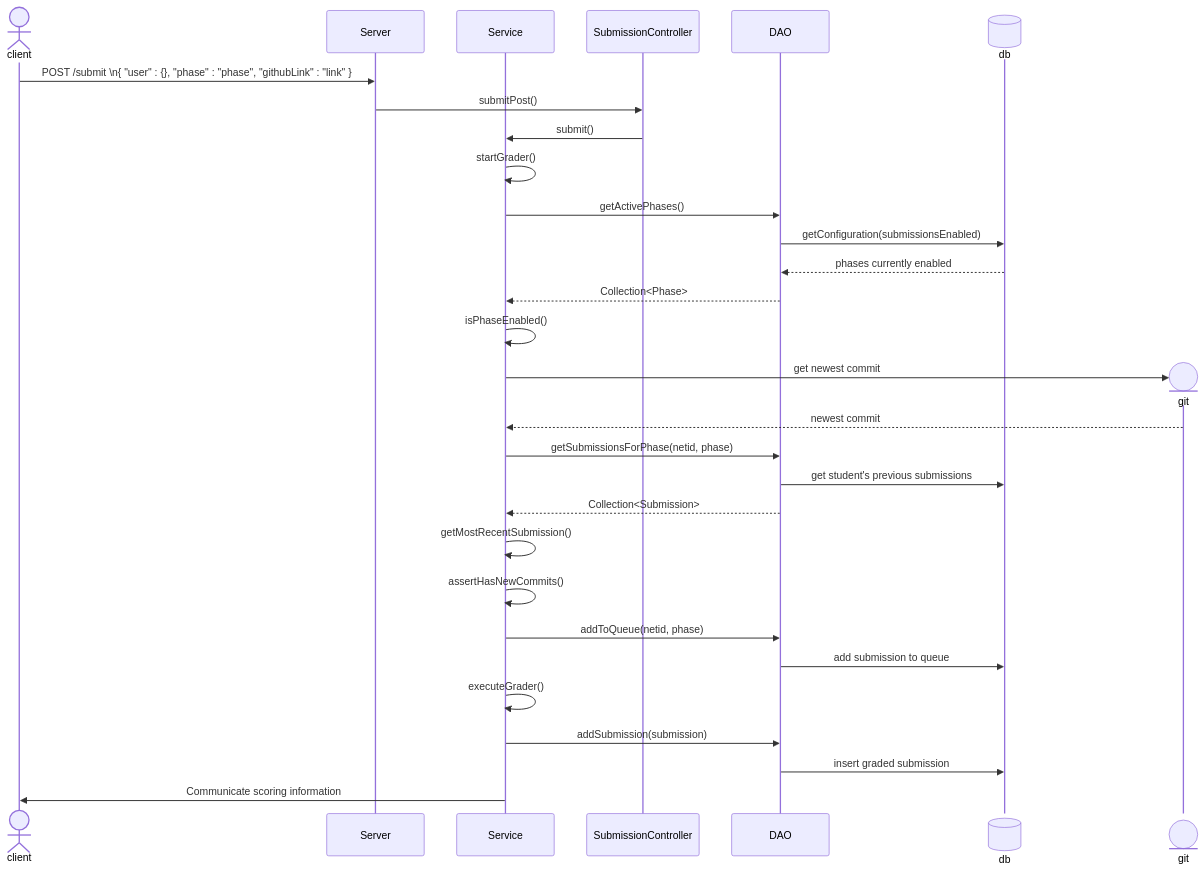
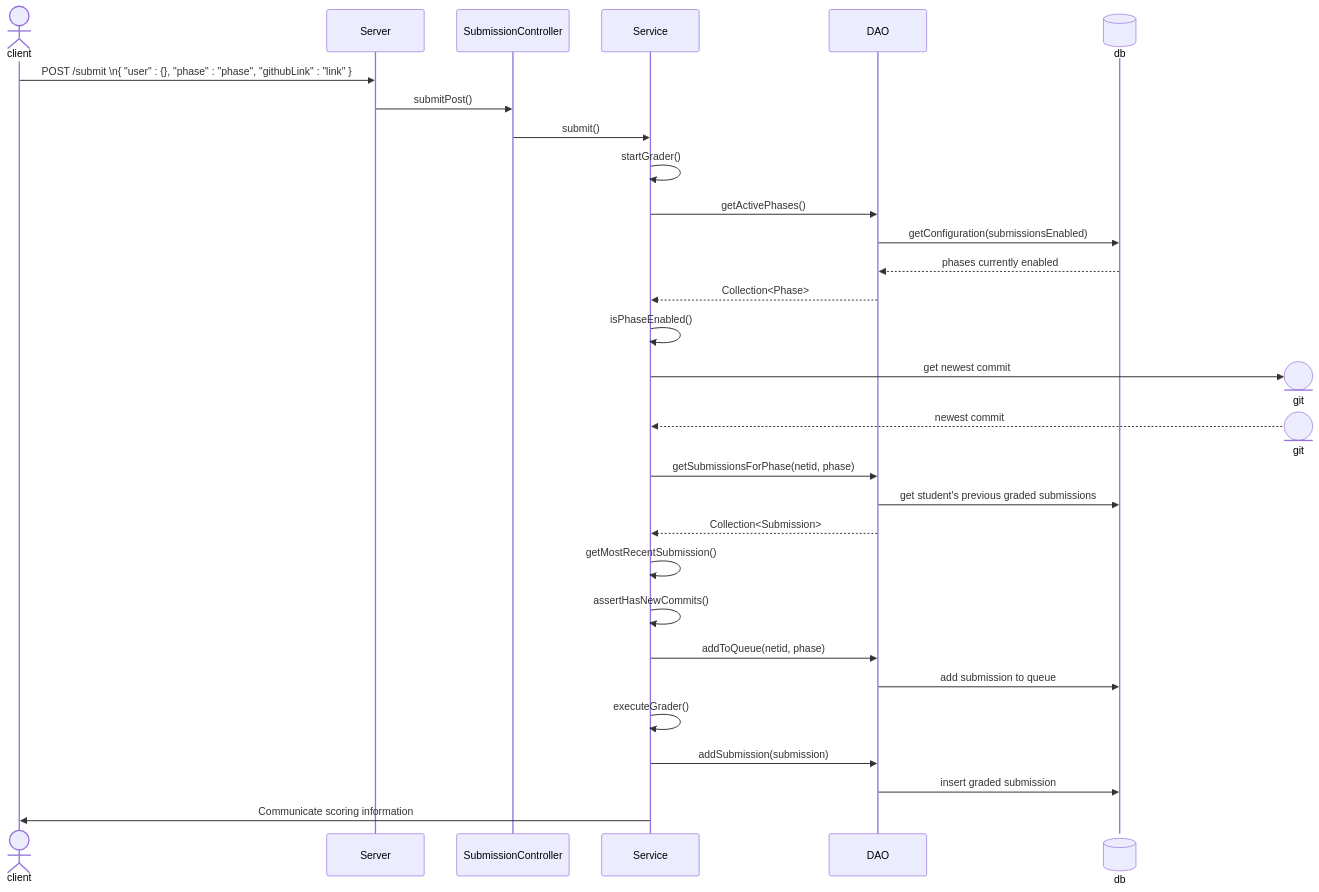
One commit to softwareconstruction240/autograder changed the first of 3 diagrams in docs/overall-grading-flow.md. Above: the diagram before and after it, drawn with Mermaid. The commit also changed other lines of this file, not shown here.

````diff
--- a/docs/overall-grading-flow.md
+++ b/docs/overall-grading-flow.md
@@ -19,35 +19,36 @@
 ```mermaid
 sequenceDiagram
     actor client
     participant Server
+    participant SubmissionController
     participant Service
-    participant SubmissionController
     participant dao as DAO
     participant db@{ "type" : "database" }
     
     client->>Server:POST /submit \n{ "user" : {}, "phase" : "phase", "githubLink" : "link" }
     Server->>SubmissionController:submitPost()
     SubmissionController->>Service:submit()
     Service->>Service:startGrader()
     Service->>dao:getActivePhases()
     dao->>db:getConfiguration(submissionsEnabled)
     db-->>dao:phases currently enabled
     dao-->>Service:Collection<Phase>
     Service->>Service:isPhaseEnabled()
     
     create participant git@{ "type" : "entity" }
     Service->>git:get newest commit
+    destroy git
     git-->>Service:newest commit
     Service->>dao:getSubmissionsForPhase(netid, phase)
-    dao->>db:get student's previous submissions
+    dao->>db:get student's previous graded submissions
     dao-->>Service:Collection<Submission>
     Service->>Service:getMostRecentSubmission()
     Service->>Service:assertHasNewCommits()
     
     Service->>dao:addToQueue(netid, phase)
     dao->>db:add submission to queue
     Service->>Service:executeGrader()
     Service->>dao:addSubmission(submission)
     dao->>db:insert graded submission
     Service->>client:Communicate scoring information
 ```
````
